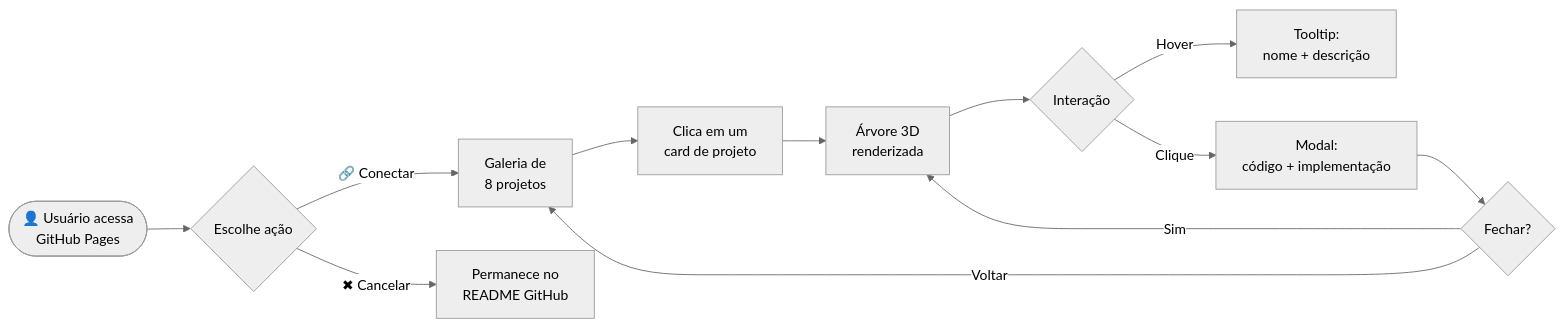
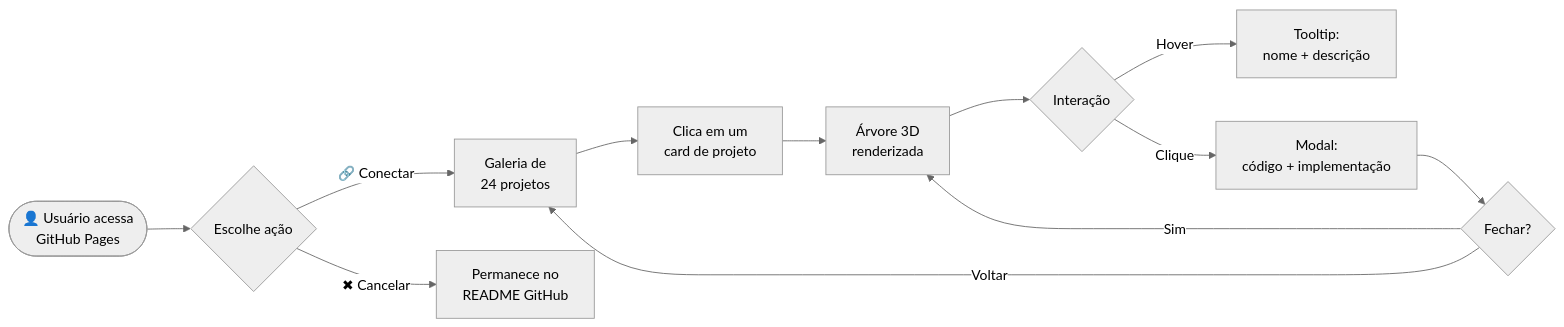
Before and after one commit to CanonEngineer/TreeofKnowledge: the second of 5 diagrams in README.md, drawn with Mermaid (neutral theme). The commit also changed other lines of this file and 6 other files, not shown here.

````diff
--- a/README.md
+++ b/README.md
@@ -169,14 +185,14 @@
 ```mermaid
 flowchart LR
     A(["👤 Usuário acessa<br/>GitHub Pages"]) --> B{"Escolhe ação"}
-    B -->|"🔗 Conectar"| C["Galeria de<br/>8 projetos"]
+    B -->|"🔗 Conectar"| C["Galeria de<br/>24 projetos"]
     B -->|"✖ Cancelar"| D["Permanece no<br/>README GitHub"]
     C --> E["Clica em um<br/>card de projeto"]
     E --> F["Árvore 3D<br/>renderizada"]
     F --> G{"Interação"}
     G -->|"Hover"| H["Tooltip:<br/>nome + descrição"]
     G -->|"Clique"| I["Modal:<br/>código + implementação"]
     I --> J{"Fechar?"}
     J -->|"Sim"| F
     J -->|"Voltar"| C
 ```
````
